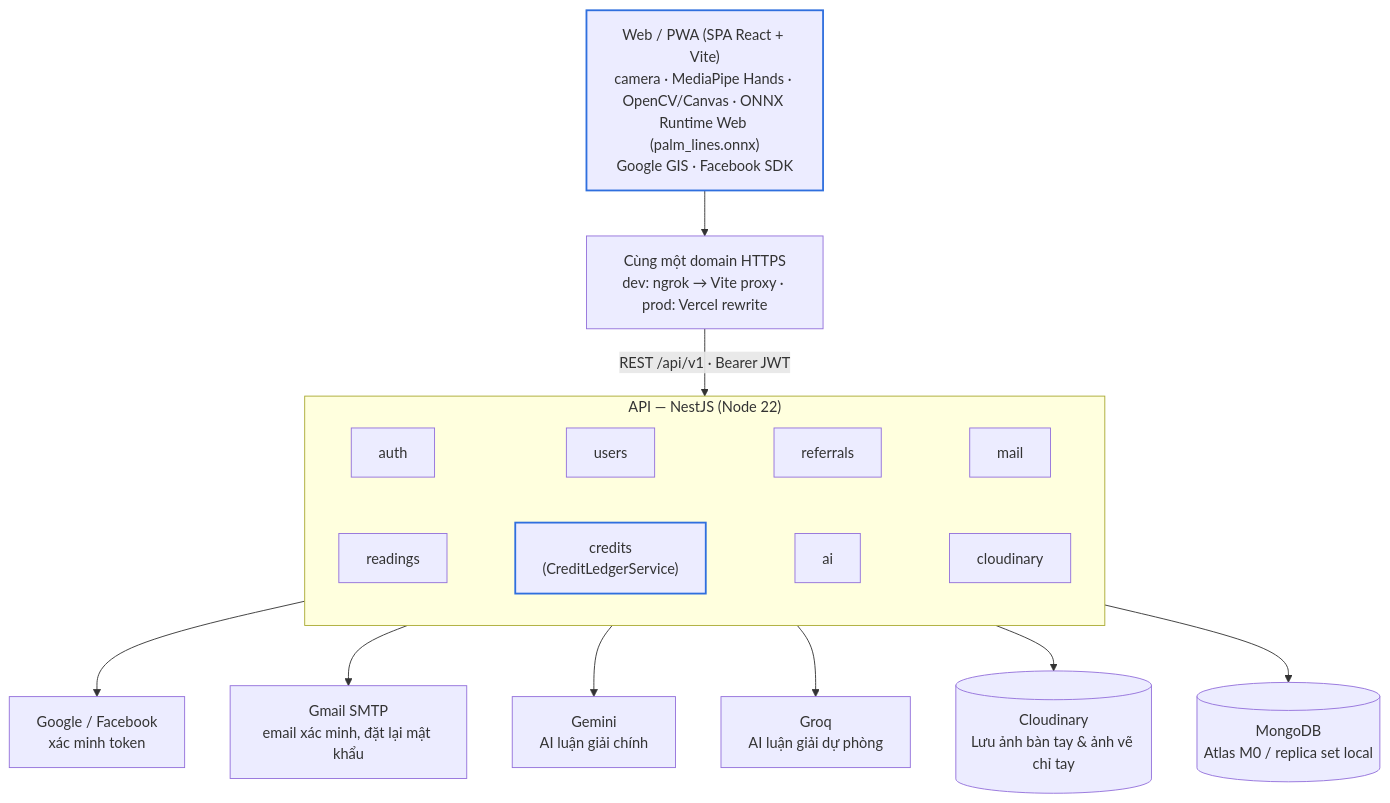
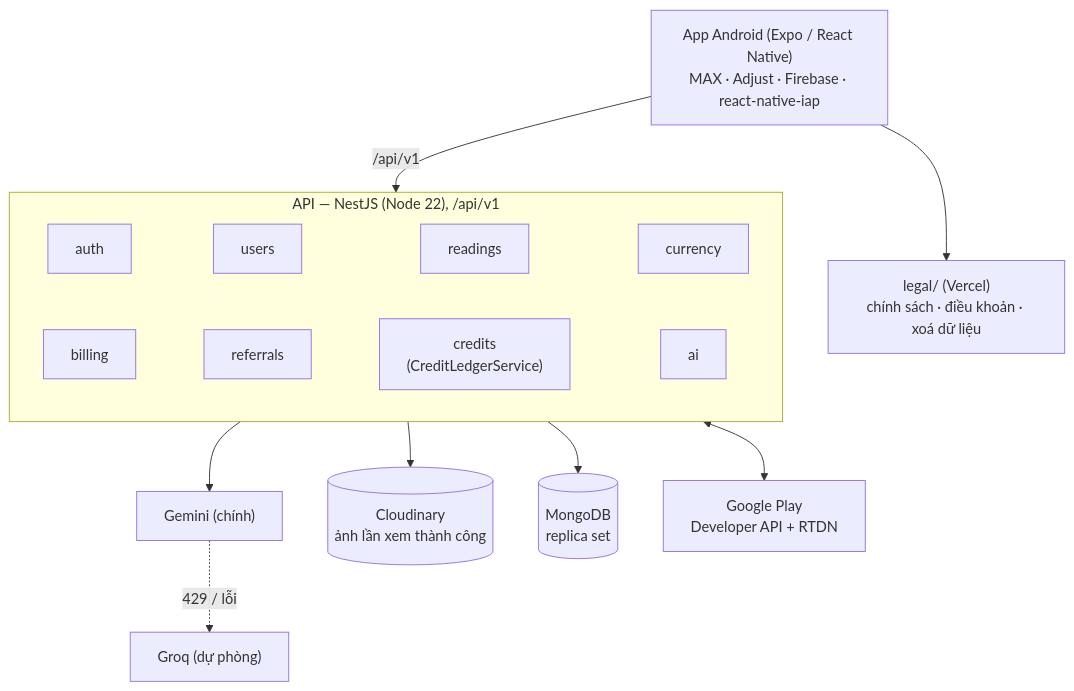
The diagram in docs/README.md (ahauy/boi), drawn with Mermaid before and after one commit. The commit also changed other lines of this file and 332 other files, not shown here.

Commit message:
Rewrite policies and docs for the Android-only app (#27)

````diff
--- a/docs/README.md
+++ b/docs/README.md
@@ -46,27 +46,23 @@
 ```mermaid
 flowchart TB
-    client["Web / PWA (SPA React + Vite)<br/>camera · MediaPipe Hands · OpenCV/Canvas · ONNX Runtime Web (palm_lines.onnx)<br/>Google GIS · Facebook SDK"]
-    ngrok["Cùng một domain HTTPS<br/>dev: ngrok → Vite proxy · prod: Vercel rewrite"]
-    subgraph api["API — NestJS (Node 22)"]
+    app["App Android (Expo / React Native)<br/>MAX · Adjust · Firebase · react-native-iap"]
+    subgraph api["API — NestJS (Node 22), /api/v1"]
         direction LR
-        auth[auth] ~~~ users[users] ~~~ referrals[referrals] ~~~ mail[mail]
-        readings[readings] ~~~ credits["credits<br/>(CreditLedgerService)"] ~~~ ai[ai] ~~~ cloudinary[cloudinary]
+        auth[auth] ~~~ users[users] ~~~ readings[readings] ~~~ currency[currency]
+        billing[billing] ~~~ referrals[referrals] ~~~ credits["credits<br/>(CreditLedgerService)"] ~~~ ai[ai]
     end
-    oauth["Google / Facebook<br/>xác minh token"]
-    smtp["Gmail SMTP<br/>email xác minh, đặt lại mật khẩu"]
-    gemini["Gemini<br/>AI luận giải chính"]
-    groq["Groq<br/>AI luận giải dự phòng"]
-    cloud[("Cloudinary<br/>Lưu ảnh bàn tay & ảnh vẽ chỉ tay")]
-    mongo[("MongoDB<br/>Atlas M0 / replica set local")]
+    gemini["Gemini (chính)"]
+    groq["Groq (dự phòng)"]
+    cloud[("Cloudinary<br/>ảnh lần xem thành công")]
+    mongo[("MongoDB<br/>replica set")]
+    play["Google Play<br/>Developer API + RTDN"]
+    legal["legal/ (Vercel)<br/>chính sách · điều khoản · xoá dữ liệu"]
 
-    client --> ngrok -->|"REST /api/v1 · Bearer JWT"| api
-    api --> oauth
-    api --> smtp
+    app -->|"/api/v1"| api
+    app --> legal
+    api --> mongo
+    api --> cloud
     api --> gemini
-    api --> groq
-    api --> cloud
-    api --> mongo
-
-    classDef accent stroke:#2f6fde,stroke-width:2px
-    class credits,client accent
+    gemini -. "429 / lỗi" .-> groq
+    api <--> play
 ```
````
